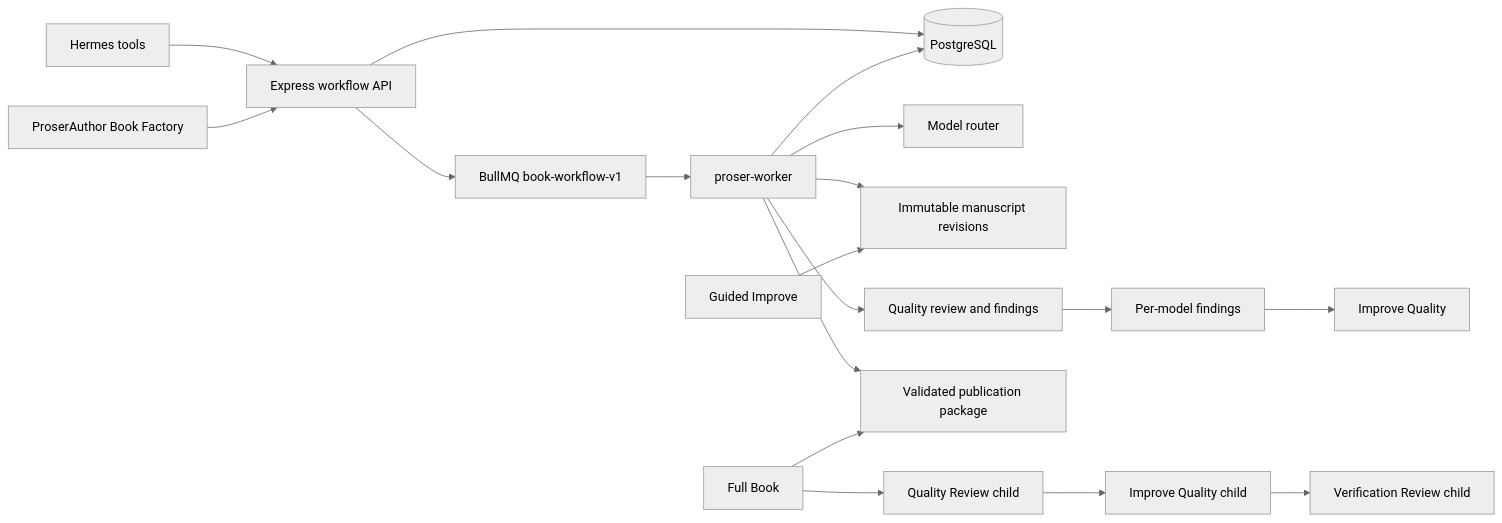
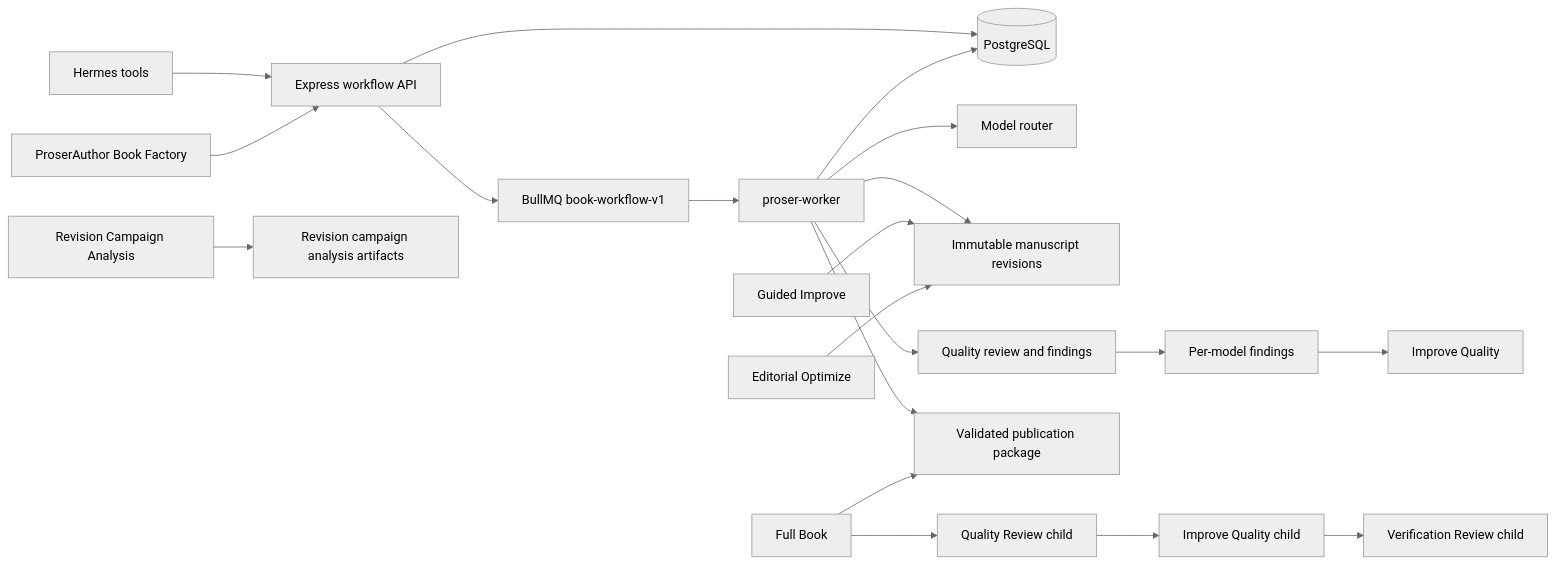
One commit to HiveMagnus/proser changed the diagram in ProserFactory/docs/PROSERFACTORY_MERMAID.md. Above: the diagram before and after it, drawn with Mermaid (neutral theme). The commit also changed other lines of this file and 21 other files, not shown here.

````diff
--- a/ProserFactory/docs/PROSERFACTORY_MERMAID.md
+++ b/ProserFactory/docs/PROSERFACTORY_MERMAID.md
@@ -3,21 +3,23 @@
 ```mermaid
 flowchart LR
   Hermes[Hermes tools] --> API[Express workflow API]
   Author[ProserAuthor Book Factory] --> API
   API --> DB[(PostgreSQL)]
   API --> Queue[BullMQ book-workflow-v1]
   Queue --> Worker[proser-worker]
   Worker --> Model[Model router]
   Worker --> DB
   Worker --> Revision[Immutable manuscript revisions]
   Worker --> Review[Quality review and findings]
   Worker --> Package[Validated publication package]
 
   Full[Full Book] --> ReviewChild[Quality Review child]
   ReviewChild --> ImproveChild[Improve Quality child]
   ImproveChild --> VerifyChild[Verification Review child]
   Full --> Package
   Review --> Findings[Per-model findings]
   Findings --> Improve[Improve Quality]
   Guided[Guided Improve] --> Revision
+  Optimize[Editorial Optimize] --> Revision
+  Campaign[Revision Campaign Analysis] --> ReviewArtifacts[Revision campaign analysis artifacts]
 ```
````
